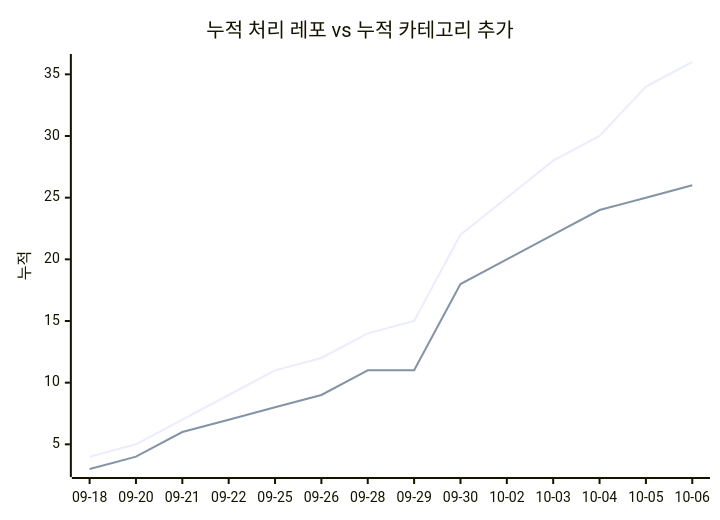
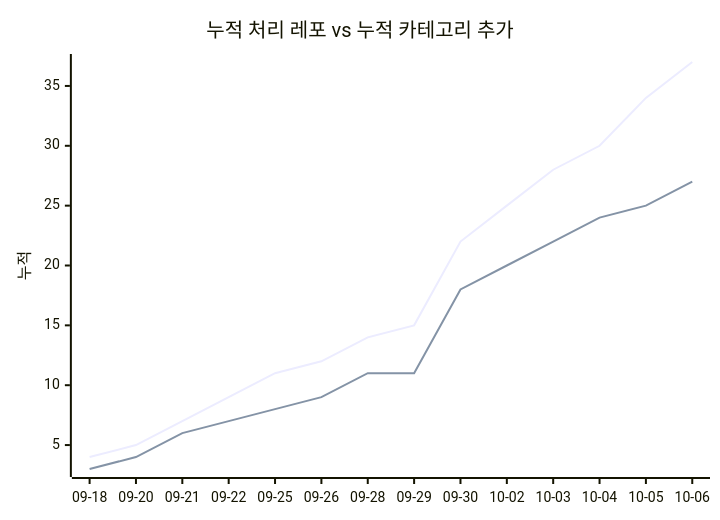
One commit to J-nowcow/awesome-korean-agent-skills changed the second of 2 diagrams in docs/trends.md. Above: the diagram before and after it, drawn with Mermaid. The commit also changed other lines of this file and 4 other files, not shown here.

````diff
--- a/docs/trends.md
+++ b/docs/trends.md
@@ -68,8 +68,8 @@
 ```mermaid
 xychart-beta
     title "누적 처리 레포 vs 누적 카테고리 추가"
     x-axis ["09-18","09-20","09-21","09-22","09-25","09-26","09-28","09-29","09-30","10-02","10-03","10-04","10-05","10-06"]
     y-axis "누적"
-    line [4,5,7,9,11,12,14,15,22,25,28,30,34,36]
-    line [3,4,6,7,8,9,11,11,18,20,22,24,25,26]
+    line [4,5,7,9,11,12,14,15,22,25,28,30,34,37]
+    line [3,4,6,7,8,9,11,11,18,20,22,24,25,27]
 ```
````
